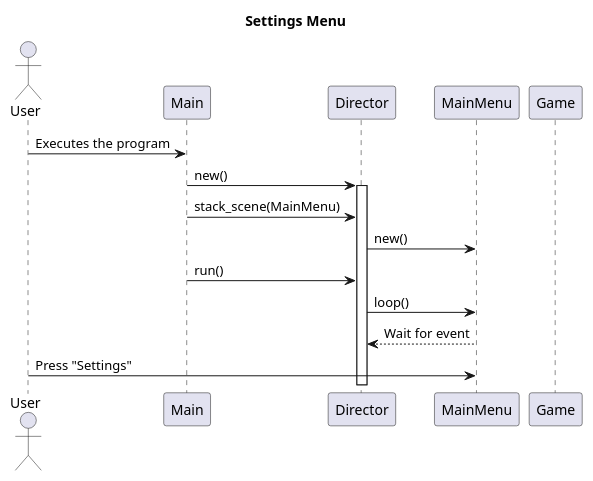
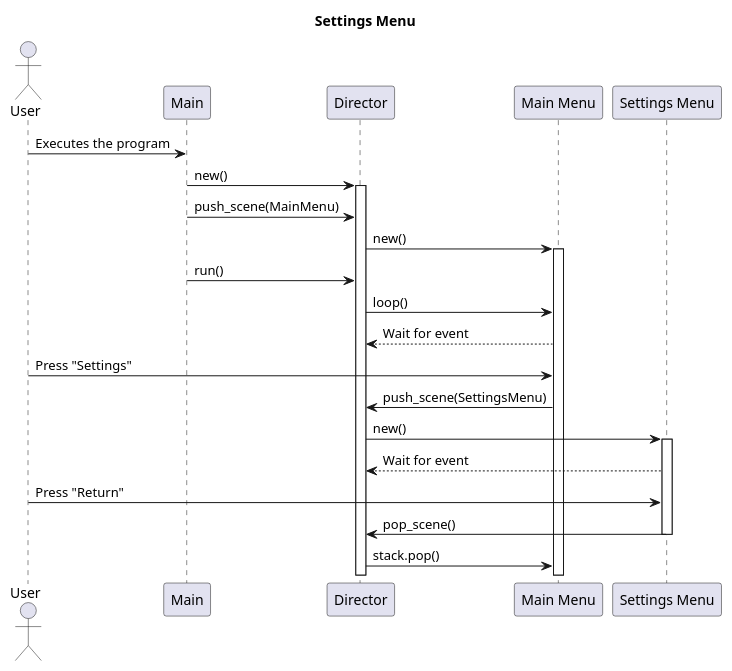
One commit to Tejon-Company/Tejon-Jumper changed the diagram in docs/diagrams/settings_menu_sequence_diagram.pu. Above: the diagram before and after it, drawn with PlantUML. The commit also changed 3 other files, not shown here.

Commit message:
Add sequence diagrams

```diff
--- a/docs/diagrams/settings_menu_sequence_diagram.pu
+++ b/docs/diagrams/settings_menu_sequence_diagram.pu
@@ -1,21 +1,30 @@
 @startuml Settings Menu Sequence Diagram
 
 title Settings Menu
 
 actor User
 participant Main
 participant Director
-participant MainMenu
-participant Game
+participant MainMenu as "Main Menu"
+participant SettingsMenu as "Settings Menu"
 
 User -> Main: Executes the program
 Main -> Director: new()
 activate Director
-Main -> Director: stack_scene(MainMenu)
+Main -> Director: push_scene(MainMenu)
 Director -> MainMenu: new()
+activate MainMenu
 Main -> Director: run()
 Director -> MainMenu: loop()
 MainMenu --> Director: Wait for event
 User -> MainMenu: Press "Settings"
+MainMenu -> Director: push_scene(SettingsMenu)
+Director -> SettingsMenu: new()
+activate SettingsMenu
+SettingsMenu --> Director: Wait for event
+User -> SettingsMenu: Press "Return"
+SettingsMenu -> Director: pop_scene()
+deactivate SettingsMenu
+Director -> MainMenu: stack.pop()
 
 @enduml
```
